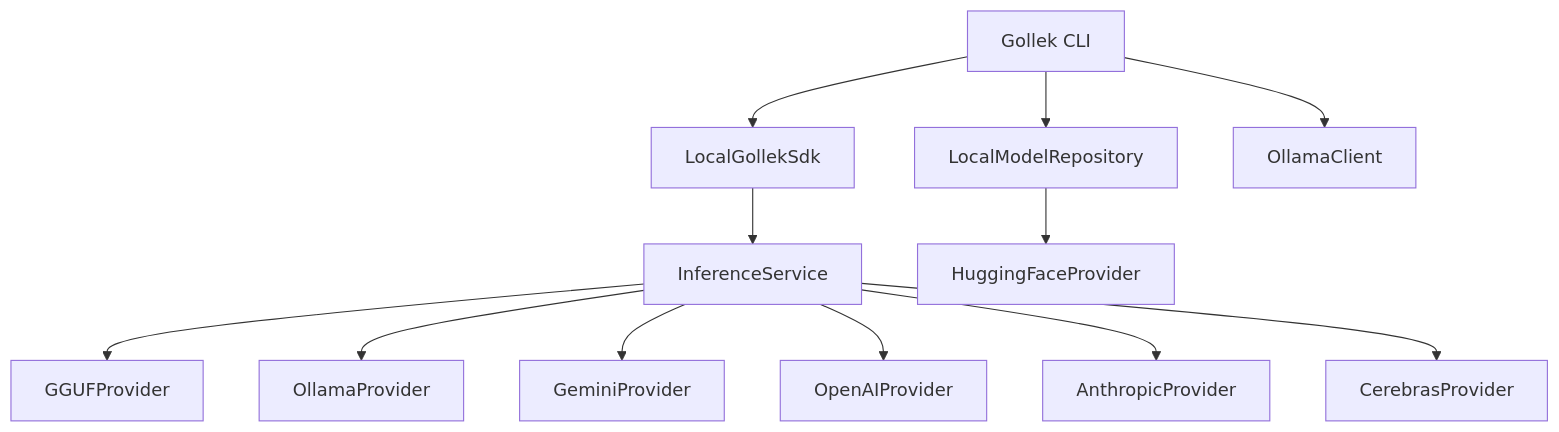
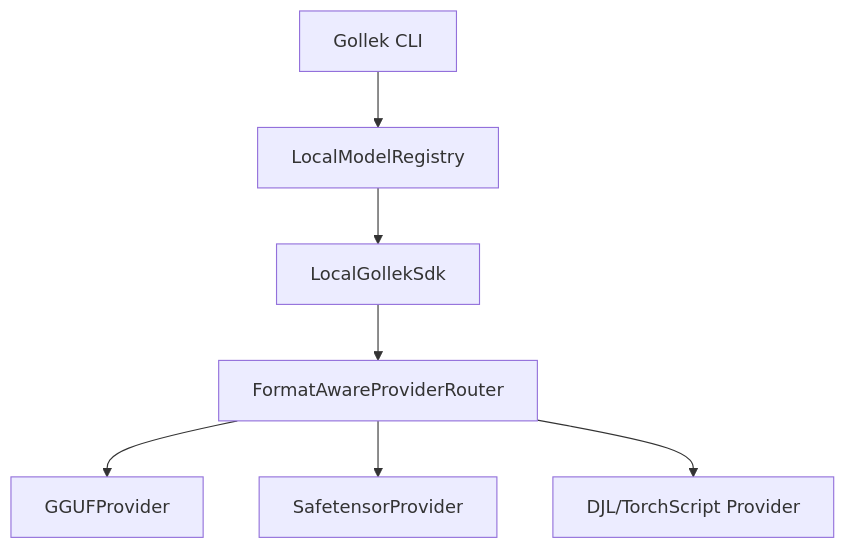
One commit to bhangun/gollek changed the diagram in ui/gollek-cli/README.md. Above: the diagram before and after it, drawn with Mermaid. The commit also changed other lines of this file and 35 other files, not shown here.

````diff
--- a/ui/gollek-cli/README.md
+++ b/ui/gollek-cli/README.md
@@ -98,16 +107,10 @@
 ```mermaid
 graph TD
-    CLI[Gollek CLI] --> SDK[LocalGollekSdk]
-    CLI --> ModelRepo[LocalModelRepository]
-    CLI --> OllamaClient[OllamaClient]
+    CLI[Gollek CLI] --> Registry[LocalModelRegistry]
+    Registry --> SDK[LocalGollekSdk]
     
-    SDK --> InferenceService
-    InferenceService --> GGUFProvider
-    InferenceService --> OllamaProvider
-    InferenceService --> GeminiProvider
-    InferenceService --> OpenAIProvider
-    InferenceService --> AnthropicProvider
-    InferenceService --> CerebrasProvider
-    
-    ModelRepo --> HuggingFaceProvider
+    SDK --> Router[FormatAwareProviderRouter]
+    Router --> GGUF[GGUFProvider]
+    Router --> ST[SafetensorProvider]
+    Router --> DJL[DJL/TorchScript Provider]
 ```
````
